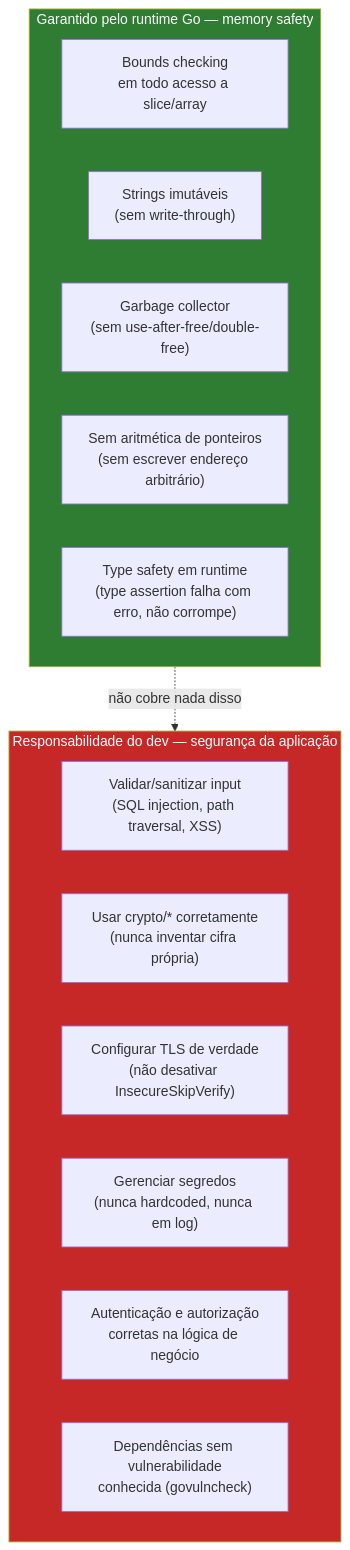
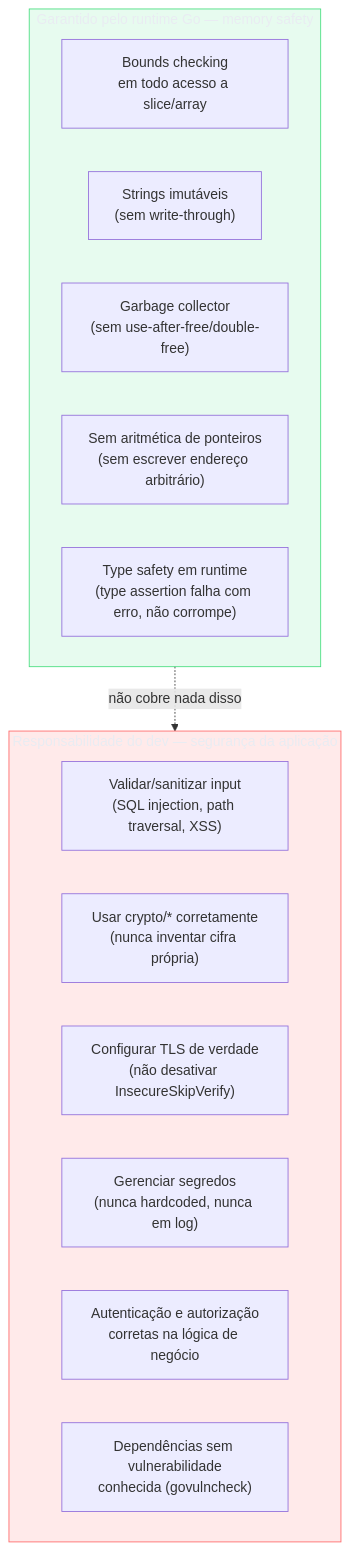
The diagram in 03-Dominios/Tecnologia/Go/19 - Segurança/01 - Segurança em Go — o panorama.md (josenaldo/codex-technomanticus), drawn with Mermaid before and after one commit. The commit also changed 1181 other files, not shown here.

First line of the commit message:
fix(diagramas): paleta do sistema no lugar de cor cravada no markdown

````diff
--- a/03-Dominios/Tecnologia/Go/19 - Segurança/01 - Segurança em Go — o panorama.md
+++ b/03-Dominios/Tecnologia/Go/19 - Segurança/01 - Segurança em Go — o panorama.md
@@ -38,24 +38,26 @@
 ```mermaid
 flowchart TB
+    classDef ok fill:#4ADE8021,stroke:#4ADE80,color:#E9ECF2
+    classDef falha fill:#FF6B6B24,stroke:#FF6B6B,color:#E9ECF2
     subgraph Runtime["Garantido pelo runtime Go — memory safety"]
         A["Bounds checking\nem todo acesso a slice/array"]
         B["Strings imutáveis\n(sem write-through)"]
         C["Garbage collector\n(sem use-after-free/double-free)"]
         D["Sem aritmética de ponteiros\n(sem escrever endereço arbitrário)"]
         E["Type safety em runtime\n(type assertion falha com erro, não corrompe)"]
     end
 
     subgraph Dev["Responsabilidade do dev — segurança da aplicação"]
         F["Validar/sanitizar input\n(SQL injection, path traversal, XSS)"]
         G["Usar crypto/* corretamente\n(nunca inventar cifra própria)"]
         H["Configurar TLS de verdade\n(não desativar InsecureSkipVerify)"]
         I["Gerenciar segredos\n(nunca hardcoded, nunca em log)"]
         J["Autenticação e autorização\ncorretas na lógica de negócio"]
         K["Dependências sem vulnerabilidade\nconhecida (govulncheck)"]
     end
 
     Runtime -.->|"não cobre nada disso"| Dev
 
-    style Runtime fill:#2E7D32,color:#fff
-    style Dev fill:#C62828,color:#fff
+    class Runtime ok
+    class Dev falha
 ```
````
